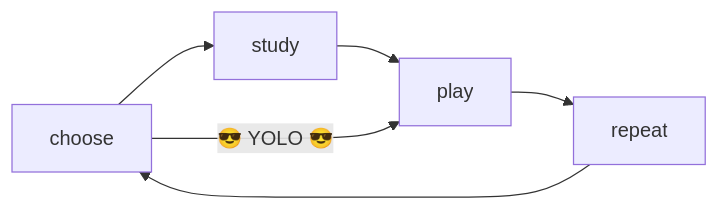
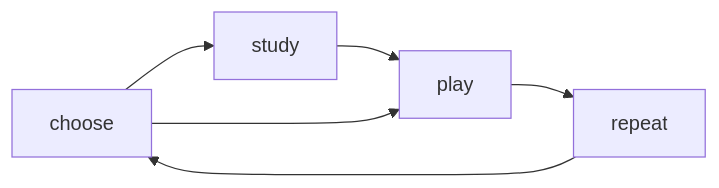
One commit to kartuli-app/kartuli changed the diagram in docs/01-apps/01-game-client/01-product/01-product-overview.md. Above: the diagram before and after it, drawn with Mermaid. The commit also changed other lines of this file and 10 other files, not shown here.

First line of the commit message:
docs(game-client): update product overview, roadmap, and screen documentation for clarity

````diff
--- a/docs/01-apps/01-game-client/01-product/01-product-overview.md
+++ b/docs/01-apps/01-game-client/01-product/01-product-overview.md
@@ -27,8 +27,8 @@
 ```mermaid
 flowchart LR
     choose[choose] --> study[study]
     study --> play[play]
-    choose -- 😎 YOLO 😎 --> play
+    choose --> play
     play --> repeat[repeat]
     repeat --> choose
 ```
````
